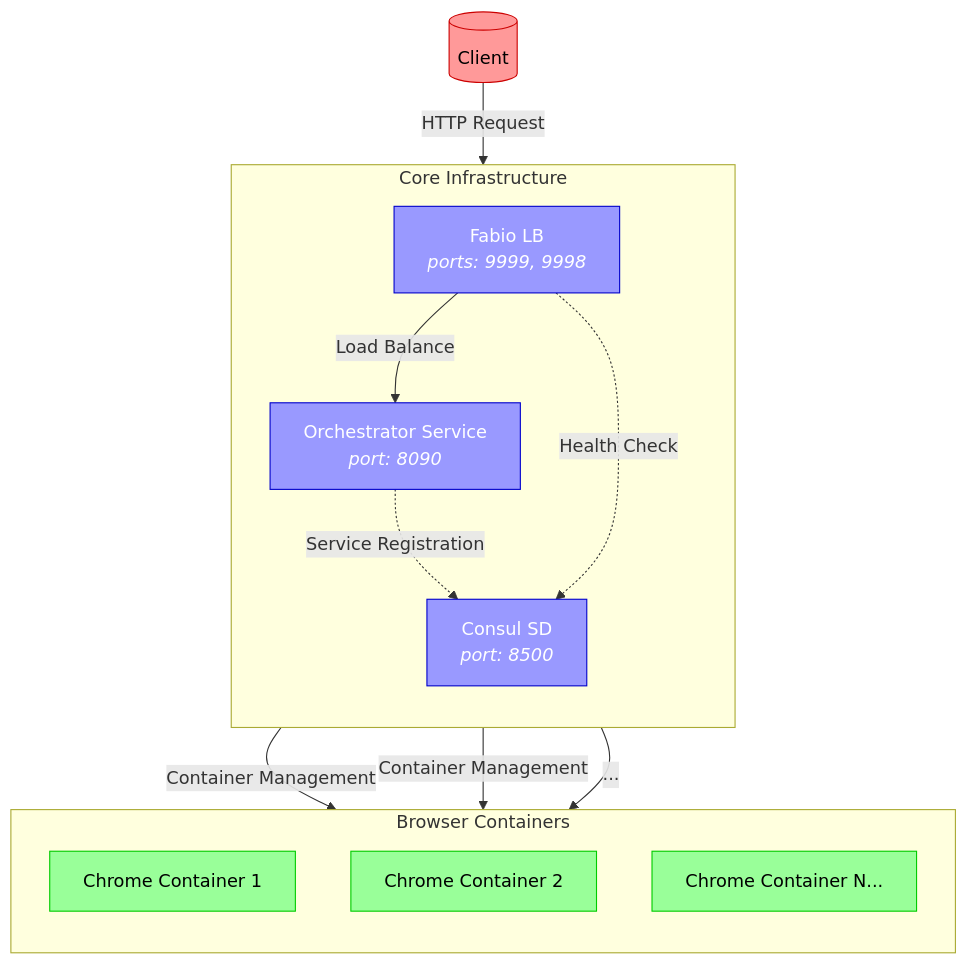
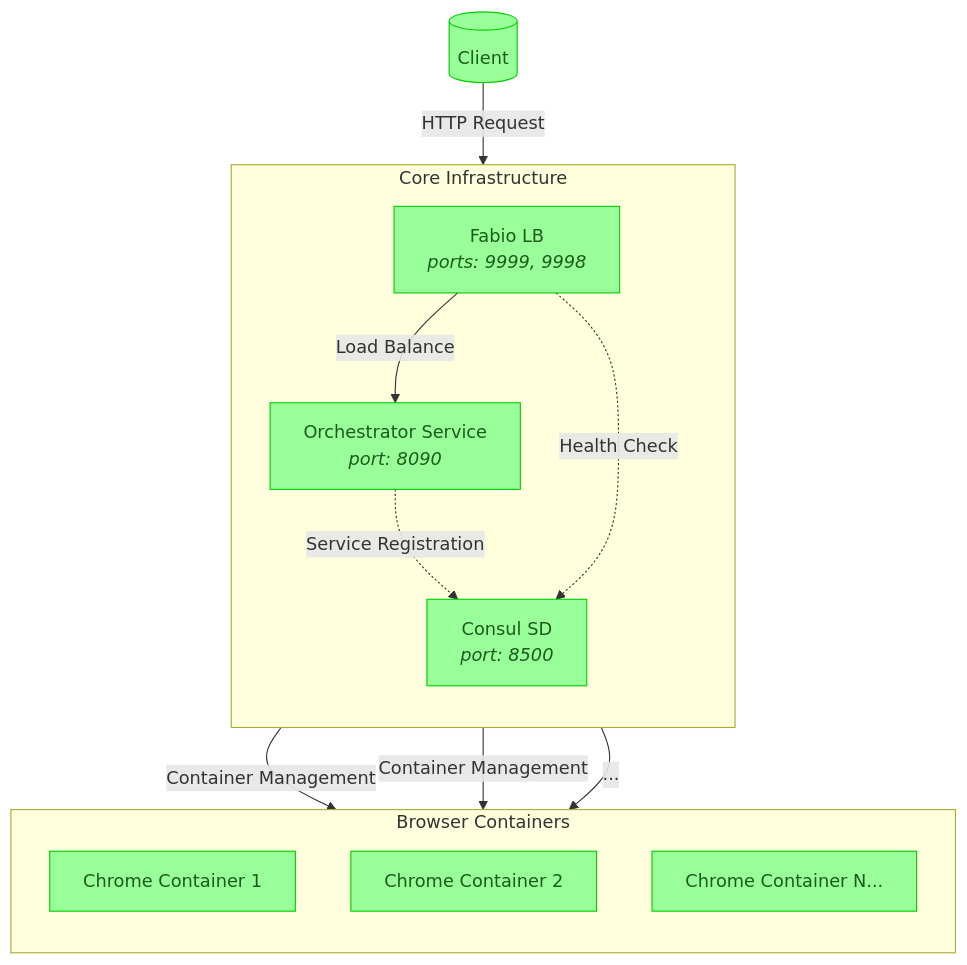
Before and after one commit to codebanesr/orchestrator: the diagram in README.md, drawn with Mermaid. The commit also changed other lines of this file, not shown here.

````diff
--- a/README.md
+++ b/README.md
@@ -61,30 +64,30 @@
 ```mermaid
 flowchart TD
-    classDef client fill:#FF9999,stroke:#CC0000,color:#000000
-    classDef browser fill:#99FF99,stroke:#00CC00,color:#000000
-    classDef core fill:#9999FF,stroke:#0000CC,color:#FFFFFF
+    classDef client fill:#99FF99,stroke:#00CC00,color:#1a5c1a
+    classDef browser fill:#99FF99,stroke:#00CC00,color:#1a5c1a
+    classDef core fill:#99FF99,stroke:#00CC00,color:#1a5c1a
     
     Client[("Client")]:::client
     
     subgraph BrowserInstances["Browser Containers"]
         direction TB
         C1["Chrome Container 1"]:::browser
         C2["Chrome Container 2"]:::browser
         CN["Chrome Container N..."]:::browser
     end
     
     subgraph CoreServices["Core Infrastructure"]
         direction TB
         O["Orchestrator Service<br/><i>port: 8090</i>"]:::core
         F["Fabio LB<br/><i>ports: 9999, 9998</i>"]:::core
         CS["Consul SD<br/><i>port: 8500</i>"]:::core
     end
     
     Client -->|"HTTP Request"| F
     F -->|"Load Balance"| O
     O -->|"Container Management"| C1
     O -->|"Container Management"| C2
     O -->|"..."| CN
     O -.->|"Service Registration"| CS
     F -.->|"Health Check"| CS
 ```
````
